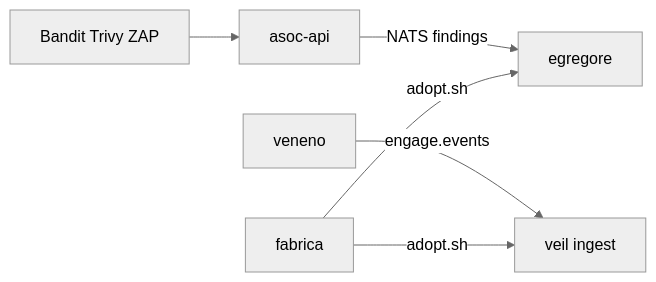
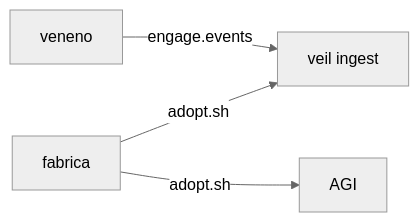
One commit to butbeautifulv/cxado changed the third of 4 diagrams in docs/ecosystem-map.md. Above: the diagram before and after it, drawn with Mermaid (neutral theme). The commit also changed other lines of this file and 249 other files, not shown here.

````diff
--- a/docs/ecosystem-map.md
+++ b/docs/ecosystem-map.md
@@ -179,8 +154,6 @@
 ```mermaid
 flowchart LR
-  SCANNERS[Bandit Trivy ZAP] --> ASOC[asoc-api]
-  ASOC -->|NATS findings| AGI[egregore]
   VENENO[veneno] -->|engage.events| VEIL[veil ingest]
   CICD[fabrica] -->|adopt.sh| AGI
   CICD -->|adopt.sh| VEIL
 ```
````
